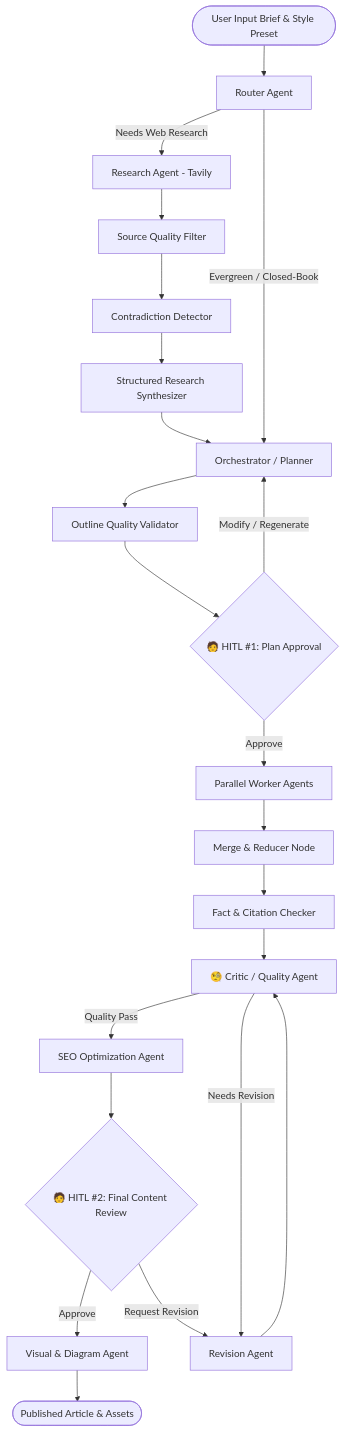
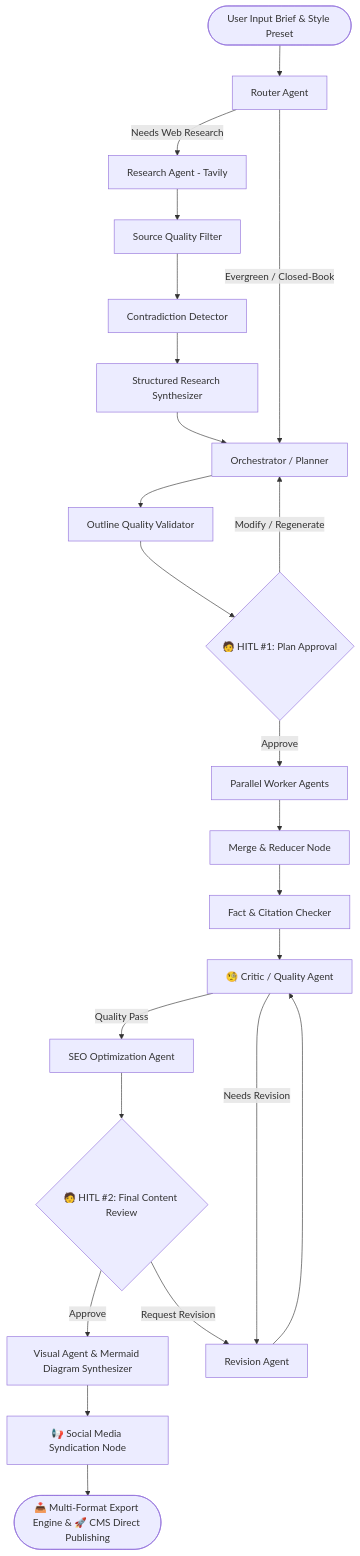
One commit to jeetsinghbhati7773/blog-writing-multi-agent changed the diagram in README.md. Above: the diagram before and after it, drawn with Mermaid. The commit also changed other lines of this file and 7 other files, not shown here.

Commit message:
feat: implement social syndication, Mermaid generator, multi-format export, and CMS publishing tools

````diff
--- a/README.md
+++ b/README.md
@@ -23,32 +23,33 @@
 ```mermaid
 flowchart TD
     Start([User Input Brief & Style Preset]) --> Router[Router Agent]
     
     Router -->|Needs Web Research| Research[Research Agent - Tavily]
     Router -->|Evergreen / Closed-Book| Orchestrator[Orchestrator / Planner]
     
     Research --> SourceFilter[Source Quality Filter]
     SourceFilter --> Contradiction[Contradiction Detector]
     Contradiction --> StructuredResearch[Structured Research Synthesizer]
     StructuredResearch --> Orchestrator
     
     Orchestrator --> OutlineValidator[Outline Quality Validator]
     OutlineValidator --> HITL1{🧑 HITL #1: Plan Approval}
     
     HITL1 -->|Approve| WorkerFanout[Parallel Worker Agents]
     HITL1 -->|Modify / Regenerate| Orchestrator
     
     WorkerFanout --> MergeContent[Merge & Reducer Node]
     MergeContent --> FactChecker[Fact & Citation Checker]
     FactChecker --> Critic[🧐 Critic / Quality Agent]
     
     Critic -->|Quality Pass| SEOAgent[SEO Optimization Agent]
     Critic -->|Needs Revision| Revision[Revision Agent] --> Critic
     
     SEOAgent --> HITL2{🧑 HITL #2: Final Content Review}
     
-    HITL2 -->|Approve| Visual[Visual & Diagram Agent]
+    HITL2 -->|Approve| Visual[Visual Agent & Mermaid Diagram Synthesizer]
     HITL2 -->|Request Revision| Revision
     
-    Visual --> Final([Published Article & Assets])
+    Visual --> SocialSyndication[📢 Social Media Syndication Node]
+    SocialSyndication --> ExportPublish([📥 Multi-Format Export Engine & 🚀 CMS Direct Publishing])
 ```
````
